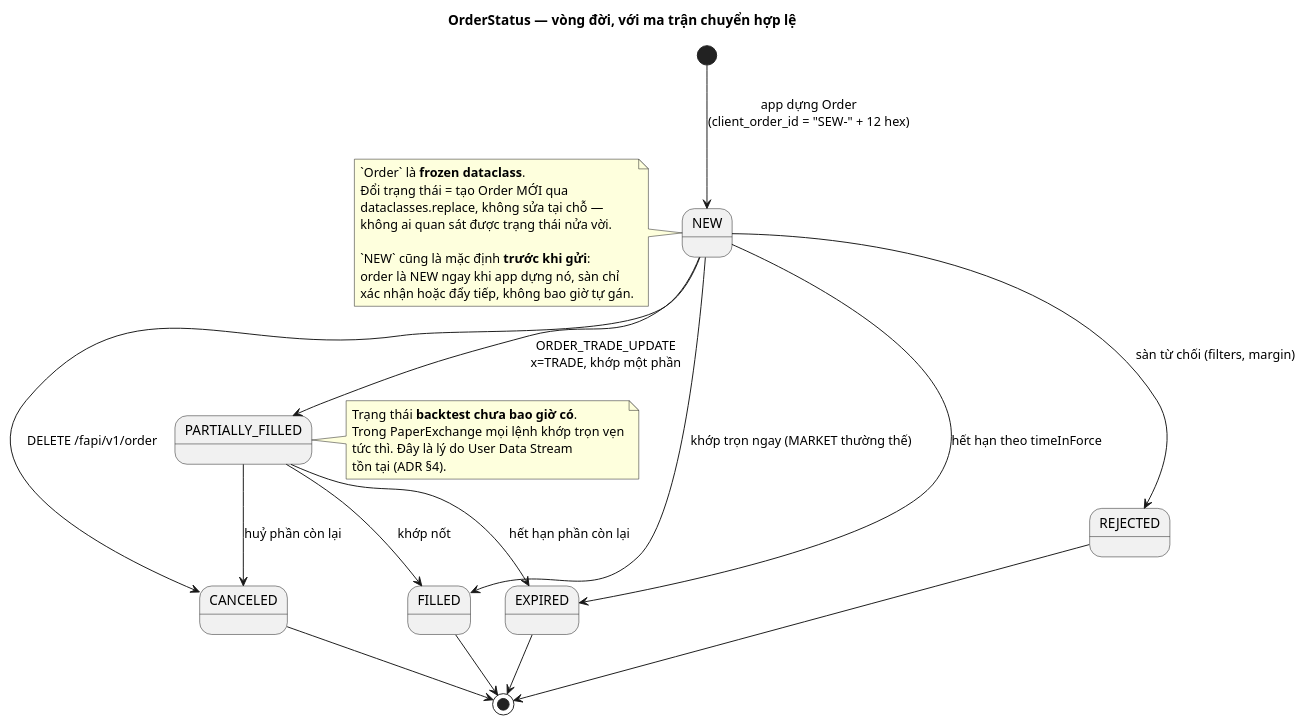
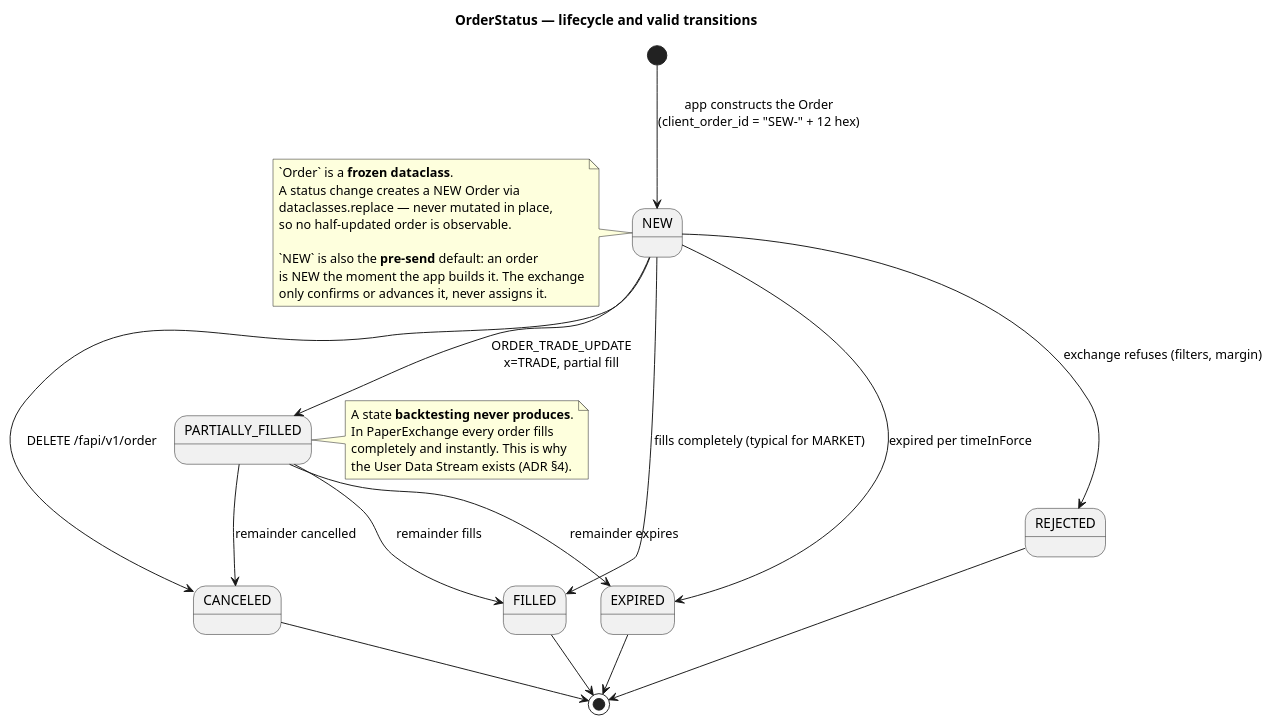
One commit to anhembedded/Sagittarius_Elite_Warrior changed the seventh of 10 diagrams in Tasks/epics/EPIC-021_ket_noi_binance_futures_testnet/KNOWLEDGE_TRANSFER_tu_0_den_hero.md. Above: the diagram before and after it, drawn with PlantUML. The commit also changed other lines of this file and 1 other file, not shown here.

````diff
--- a/Tasks/epics/EPIC-021_ket_noi_binance_futures_testnet/KNOWLEDGE_TRANSFER_tu_0_den_hero.md
+++ b/Tasks/epics/EPIC-021_ket_noi_binance_futures_testnet/KNOWLEDGE_TRANSFER_tu_0_den_hero.md
@@ -633,41 +629,41 @@
 ```plantuml
 @startuml KT07_order_lifecycle
-title OrderStatus — vòng đời, với ma trận chuyển hợp lệ
+title OrderStatus — lifecycle and valid transitions
 
-[*] --> NEW : app dựng Order\n(client_order_id = "SEW-" + 12 hex)
+[*] --> NEW : app constructs the Order\n(client_order_id = "SEW-" + 12 hex)
 
-NEW --> PARTIALLY_FILLED : ORDER_TRADE_UPDATE\nx=TRADE, khớp một phần
-NEW --> FILLED : khớp trọn ngay (MARKET thường thế)
+NEW --> PARTIALLY_FILLED : ORDER_TRADE_UPDATE\nx=TRADE, partial fill
+NEW --> FILLED : fills completely (typical for MARKET)
 NEW --> CANCELED : DELETE /fapi/v1/order
-NEW --> REJECTED : sàn từ chối (filters, margin)
-NEW --> EXPIRED : hết hạn theo timeInForce
+NEW --> REJECTED : exchange refuses (filters, margin)
+NEW --> EXPIRED : expired per timeInForce
 
-PARTIALLY_FILLED --> FILLED : khớp nốt
-PARTIALLY_FILLED --> CANCELED : huỷ phần còn lại
-PARTIALLY_FILLED --> EXPIRED : hết hạn phần còn lại
+PARTIALLY_FILLED --> FILLED : remainder fills
+PARTIALLY_FILLED --> CANCELED : remainder cancelled
+PARTIALLY_FILLED --> EXPIRED : remainder expires
 
 FILLED --> [*]
 CANCELED --> [*]
 REJECTED --> [*]
 EXPIRED --> [*]
 
 note right of PARTIALLY_FILLED
-  Trạng thái **backtest chưa bao giờ có**.
-  Trong PaperExchange mọi lệnh khớp trọn vẹn
-  tức thì. Đây là lý do User Data Stream
-  tồn tại (ADR §4).
+  A state **backtesting never produces**.
+  In PaperExchange every order fills
+  completely and instantly. This is why
+  the User Data Stream exists (ADR §4).
 end note
 
 note left of NEW
-  `Order` là **frozen dataclass**.
-  Đổi trạng thái = tạo Order MỚI qua
-  dataclasses.replace, không sửa tại chỗ —
-  không ai quan sát được trạng thái nửa vời.
+  `Order` is a **frozen dataclass**.
+  A status change creates a NEW Order via
+  dataclasses.replace — never mutated in place,
+  so no half-updated order is observable.
 
-  `NEW` cũng là mặc định **trước khi gửi**:
-  order là NEW ngay khi app dựng nó, sàn chỉ
-  xác nhận hoặc đẩy tiếp, không bao giờ tự gán.
+  `NEW` is also the **pre-send** default: an order
+  is NEW the moment the app builds it. The exchange
+  only confirms or advances it, never assigns it.
 end note
 
 @enduml
 ```
````
